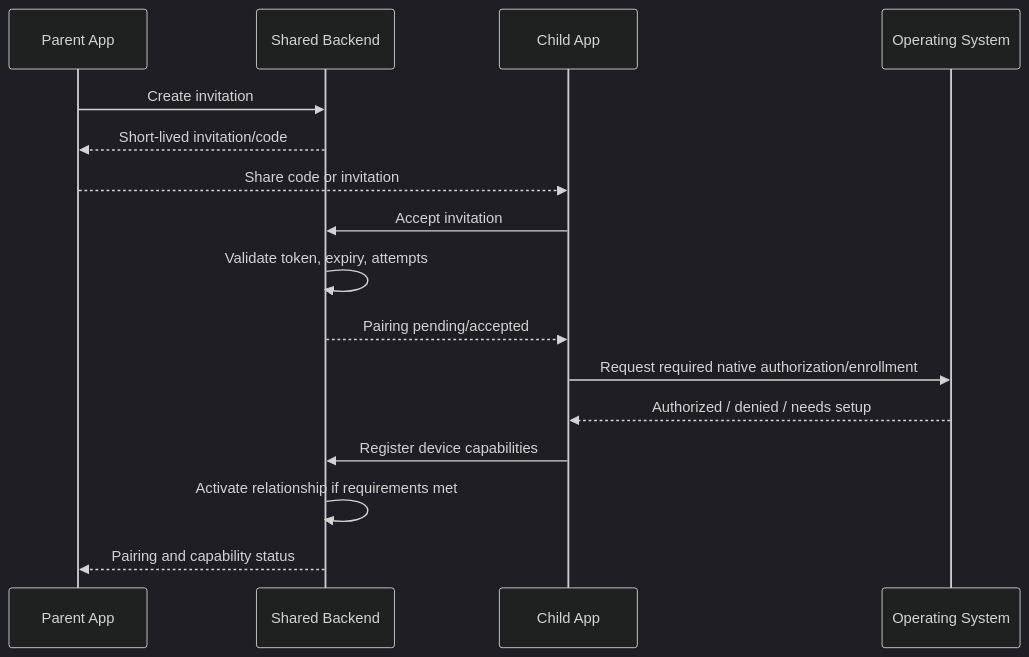
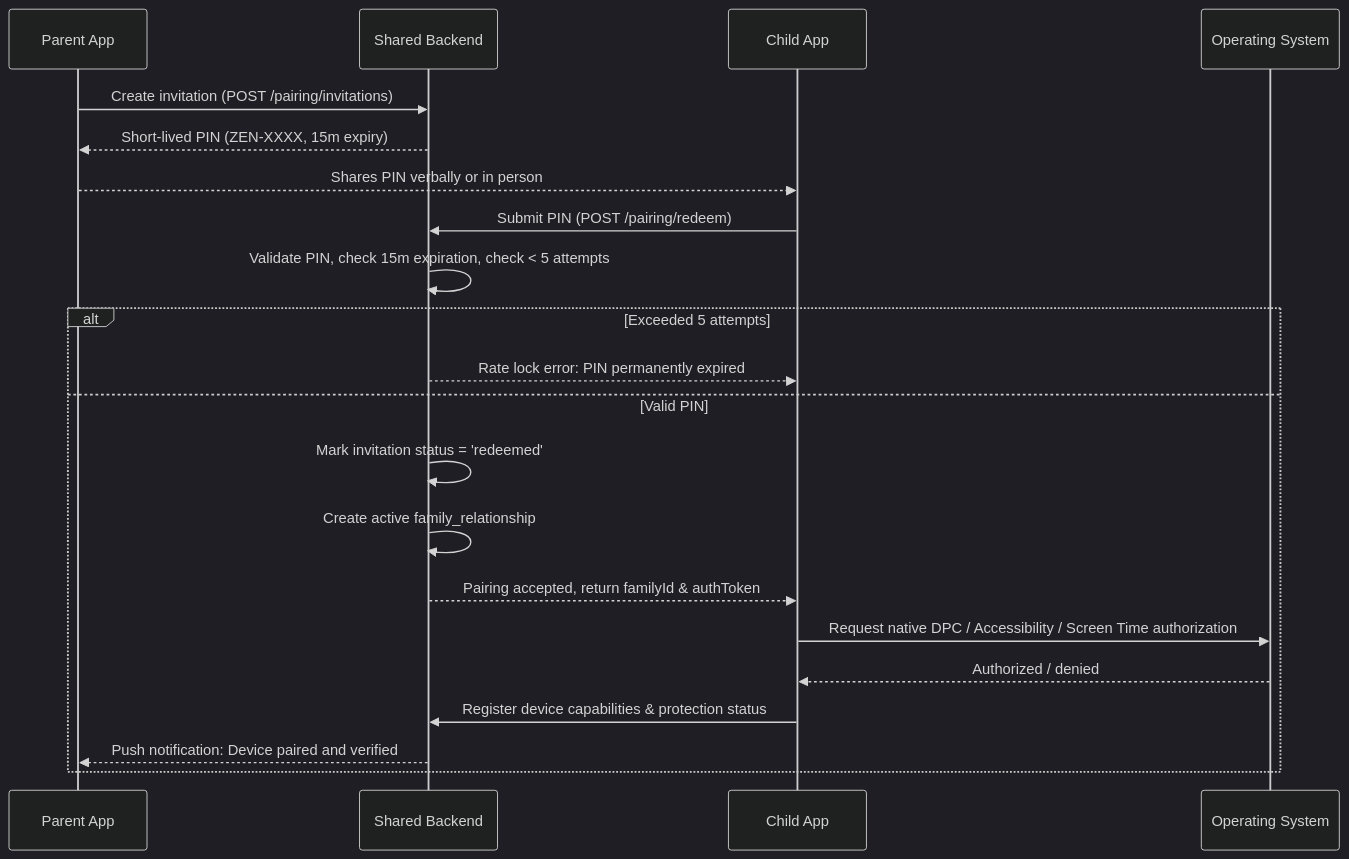
The second of 5 diagrams in app_flow.md (DarkShadow-codex/ZenFocus), drawn with Mermaid (dark theme) before and after one commit. The commit also changed other lines of this file and 20 other files, not shown here.

Commit message:
feat: implement shared focus engine, policy sync, native enforcement, and security architecture

````diff
--- a/app_flow.md
+++ b/app_flow.md
@@ -71,18 +71,23 @@
 ``` mermaid
 sequenceDiagram
     participant P as Parent App
     participant B as Shared Backend
     participant C as Child App
     participant OS as Operating System
-    P->>B: Create invitation
-    B-->>P: Short-lived invitation/code
-    P-->>C: Share code or invitation
-    C->>B: Accept invitation
-    B->>B: Validate token, expiry, attempts
-    B-->>C: Pairing pending/accepted
-    C->>OS: Request required native authorization/enrollment
-    OS-->>C: Authorized / denied / needs setup
-    C->>B: Register device capabilities
-    B->>B: Activate relationship if requirements met
-    B-->>P: Pairing and capability status
+    P->>B: Create invitation (POST /pairing/invitations)
+    B-->>P: Short-lived PIN (ZEN-XXXX, 15m expiry)
+    P-->>C: Shares PIN verbally or in person
+    C->>B: Submit PIN (POST /pairing/redeem)
+    B->>B: Validate PIN, check 15m expiration, check < 5 attempts
+    alt Exceeded 5 attempts
+        B-->>C: Rate lock error: PIN permanently expired
+    else Valid PIN
+        B->>B: Mark invitation status = 'redeemed'
+        B->>B: Create active family_relationship
+        B-->>C: Pairing accepted, return familyId & authToken
+        C->>OS: Request native DPC / Accessibility / Screen Time authorization
+        OS-->>C: Authorized / denied
+        C->>B: Register device capabilities & protection status
+        B-->>P: Push notification: Device paired and verified
+    end
 ```
````
